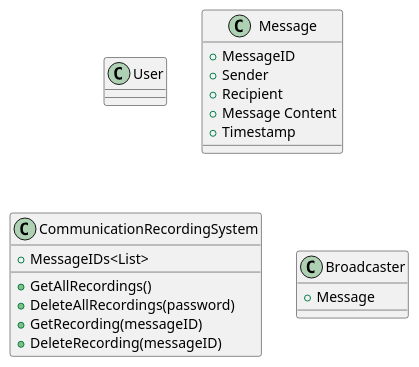
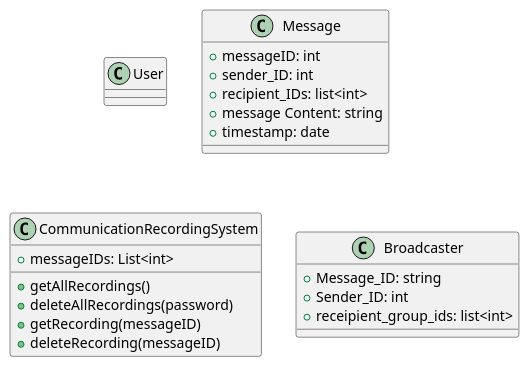
The diagram in messages.plantuml (anshium/DASS-Assignment-3-IMS-System-Design), drawn with PlantUML before and after one commit.

Commit message:
update message

```diff
--- a/messages.plantuml
+++ b/messages.plantuml
@@ -1,29 +1,30 @@
 @startuml messages
 
 class User {
 
 }
 
 class Message {
-    + MessageID
-    + Sender
-    + Recipient
-    + Message Content
-    + Timestamp
+    + messageID: int
+    + sender_ID: int
+    + recipient_IDs: list<int>
+    + message Content: string
+    + timestamp: date
 }
 
 class CommunicationRecordingSystem {
-    + MessageIDs<List>
+    + messageIDs: List<int>
 
-	+ GetAllRecordings()
-	+ DeleteAllRecordings(password)
-	+ GetRecording(messageID)
-	+ DeleteRecording(messageID)
+	+ getAllRecordings()
+	+ deleteAllRecordings(password)
+	+ getRecording(messageID)
+	+ deleteRecording(messageID)
 }
 
 class Broadcaster {
-    + Message
+    + Message_ID: string
+	+ Sender_ID: int
+	+ receipient_group_ids: list<int>
 
-	
 }
 @enduml
```
